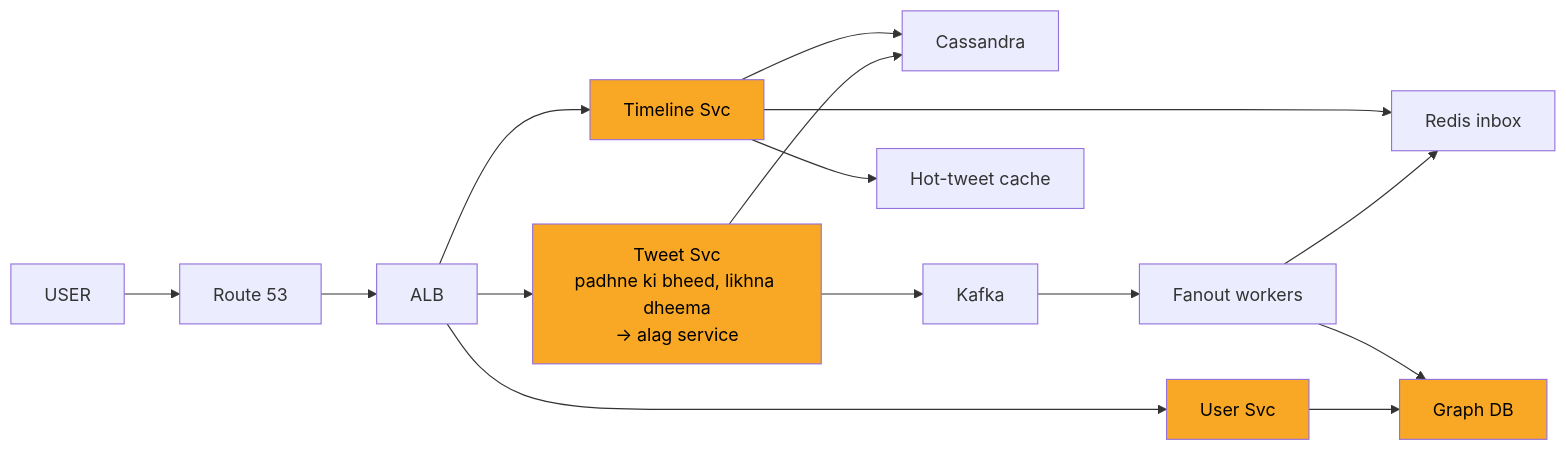
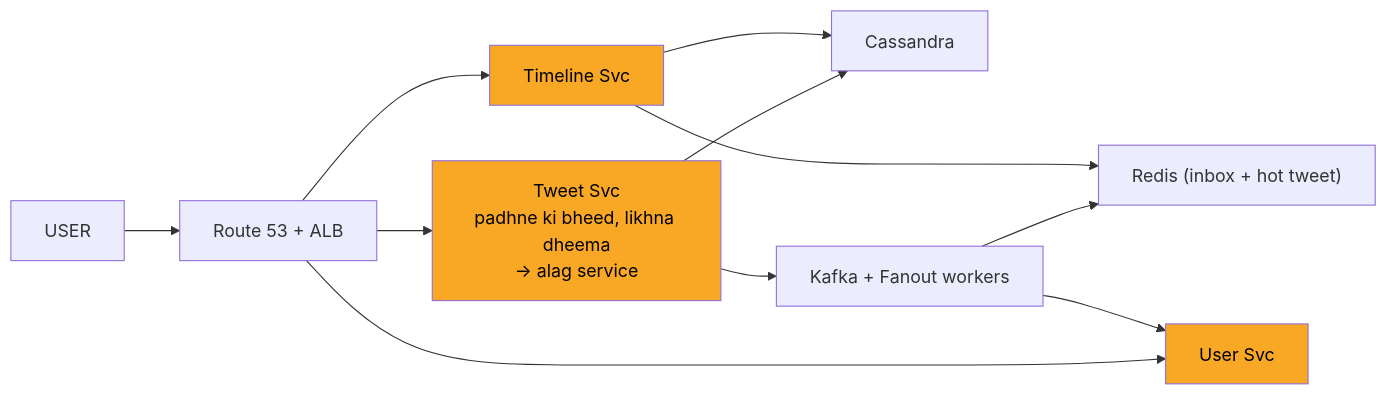
Before and after one commit to ArpanMaheshwari144/Prep: the tenth of 12 diagrams in 04_HLD/SYSTEM_DESIGNS/03_twitter_feed/03_twitter_feed.md, drawn with Mermaid. The commit also changed other lines of this file and 11 other files, not shown here.

Commit message:
hld: card diagrams max 8 boxes (App x N, merged stores/chains; full diagram only in AAKHRI DABBA)

````diff
--- a/04_HLD/SYSTEM_DESIGNS/03_twitter_feed/03_twitter_feed.md
+++ b/04_HLD/SYSTEM_DESIGNS/03_twitter_feed/03_twitter_feed.md
@@ -388,33 +379,24 @@
 ```mermaid
 flowchart LR
     n_USER["USER"]
-    n_Route_53["Route 53"]
-    n_ALB["ALB"]
+    n_EDGE["Route 53 + ALB"]
     n_Tweet_Svc["Tweet Svc<br/>padhne ki bheed, likhna dheema<br/>-> alag service"]
     n_Cassandra["Cassandra"]
-    n_Kafka["Kafka"]
-    n_Fanout_workers["Fanout workers"]
-    n_Redis_inbox["Redis inbox"]
+    n_FAN["Kafka + Fanout workers"]
+    n_RI["Redis (inbox + hot tweet)"]
     n_Timeline_Svc["Timeline Svc"]
-    n_Hot_tweet_cache["Hot-tweet cache"]
-    n_User_Svc["User Svc"]
-    n_Graph_DB["Graph DB"]
-    n_USER --> n_Route_53
-    n_Route_53 --> n_ALB
-    n_ALB --> n_Tweet_Svc
-    n_ALB --> n_Timeline_Svc
-    n_ALB --> n_User_Svc
+    n_UG["User Svc"]
+    n_USER --> n_EDGE
+    n_EDGE --> n_Tweet_Svc
+    n_EDGE --> n_Timeline_Svc
+    n_EDGE --> n_UG
     n_Tweet_Svc --> n_Cassandra
-    n_Tweet_Svc --> n_Kafka
-    n_Kafka --> n_Fanout_workers
-    n_Fanout_workers --> n_Redis_inbox
-    n_Timeline_Svc --> n_Redis_inbox
-    n_Timeline_Svc --> n_Hot_tweet_cache
+    n_Tweet_Svc --> n_FAN
+    n_FAN --> n_RI
+    n_Timeline_Svc --> n_RI
     n_Timeline_Svc --> n_Cassandra
-    n_User_Svc --> n_Graph_DB
-    n_Fanout_workers --> n_Graph_DB
+    n_FAN --> n_UG
     style n_Tweet_Svc fill:#f9a825,color:#000
     style n_Timeline_Svc fill:#f9a825,color:#000
-    style n_User_Svc fill:#f9a825,color:#000
-    style n_Graph_DB fill:#f9a825,color:#000
+    style n_UG fill:#f9a825,color:#000
 ```
````
